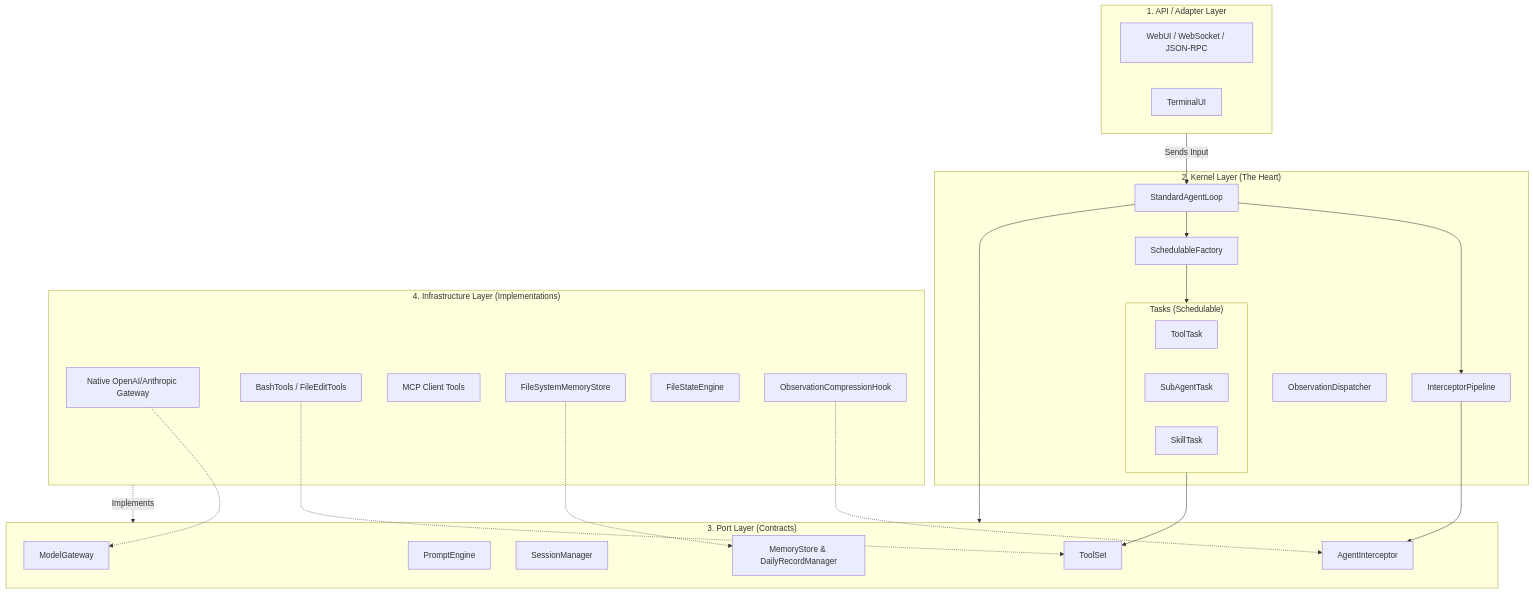
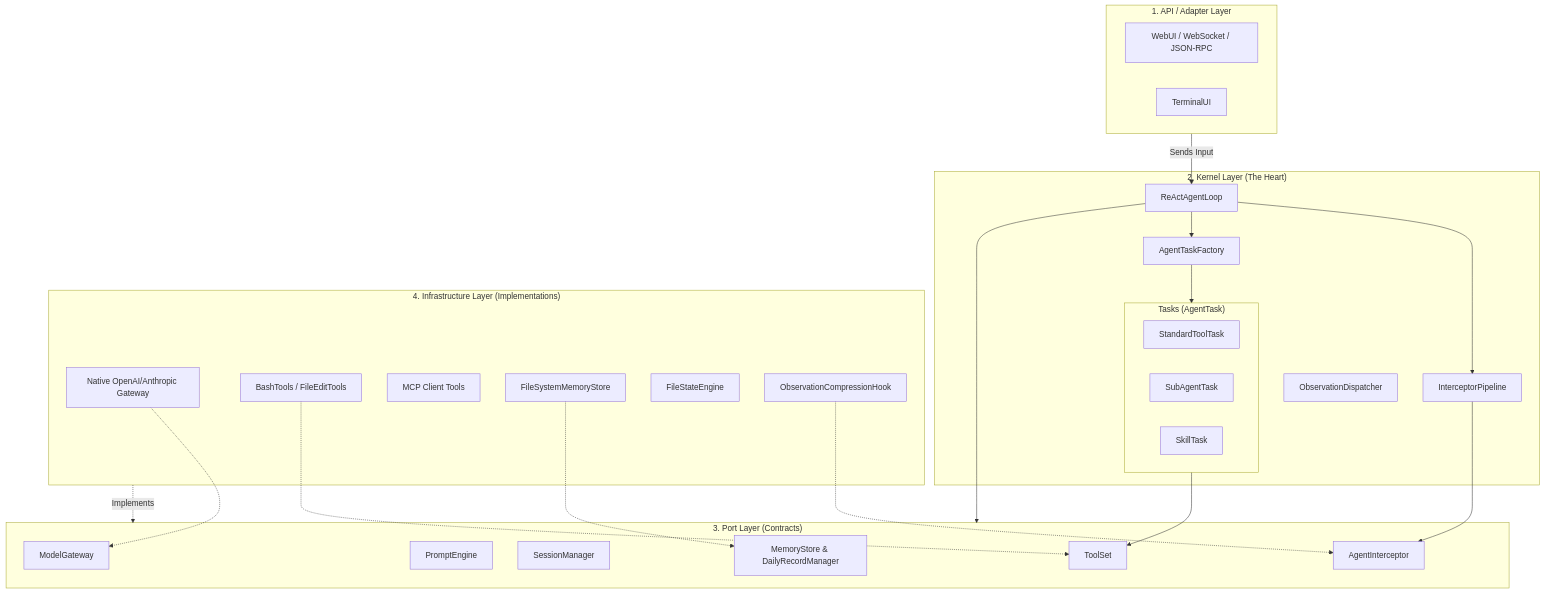
One commit to stream-iori/ganglia changed the first of 3 diagrams in docs/EXECUTION_AND_STRUCTURE.md. Above: the diagram before and after it, drawn with Mermaid. The commit also changed other lines of this file and 20 other files, not shown here.

````diff
--- a/docs/EXECUTION_AND_STRUCTURE.md
+++ b/docs/EXECUTION_AND_STRUCTURE.md
@@ -12,56 +12,56 @@
 ```mermaid
 graph TD
     subgraph API ["1. API / Adapter Layer"]
         WebUI["WebUI / WebSocket / JSON-RPC"]
         TUI["TerminalUI"]
     end
 
     subgraph Kernel ["2. Kernel Layer (The Heart)"]
-        Loop["StandardAgentLoop"]
+        Loop["ReActAgentLoop"]
         Pipeline["InterceptorPipeline"]
         Dispatcher["ObservationDispatcher"]
-        SchedFactory["SchedulableFactory"]
+        SchedFactory["AgentTaskFactory"]
         
-        subgraph Tasks ["Tasks (Schedulable)"]
-            ToolTask["ToolTask"]
+        subgraph Tasks ["Tasks (AgentTask)"]
+            ToolTask["StandardToolTask"]
             SubAgentTask["SubAgentTask"]
             SkillTask["SkillTask"]
         end
     end
 
     subgraph Port ["3. Port Layer (Contracts)"]
         PromptPort["PromptEngine"]
         ModelPort["ModelGateway"]
         SessionPort["SessionManager"]
         ToolPort["ToolSet"]
         MemoryPort["MemoryStore & DailyRecordManager"]
         HookPort["AgentInterceptor"]
     end
 
     subgraph Infra ["4. Infrastructure Layer (Implementations)"]
         NativeLLM["Native OpenAI/Anthropic Gateway"]
         LocalTools["BashTools / FileEditTools"]
         MCP["MCP Client Tools"]
         FSStore["FileSystemMemoryStore"]
         StateEngine["FileStateEngine"]
         ObservationHooks["ObservationCompressionHook"]
     end
 
     %% Relationships
     API -->|Sends Input| Loop
     Loop --> Pipeline
     Loop --> SchedFactory
     SchedFactory --> Tasks
     
     Loop --> Port
     Pipeline --> HookPort
     
     Infra -.->|Implements| Port
     Tasks --> ToolPort
     
     %% Specific implementations mapping to ports
     NativeLLM -.-> ModelPort
     LocalTools -.-> ToolPort
     FSStore -.-> MemoryPort
     ObservationHooks -.-> HookPort
 ```
````
